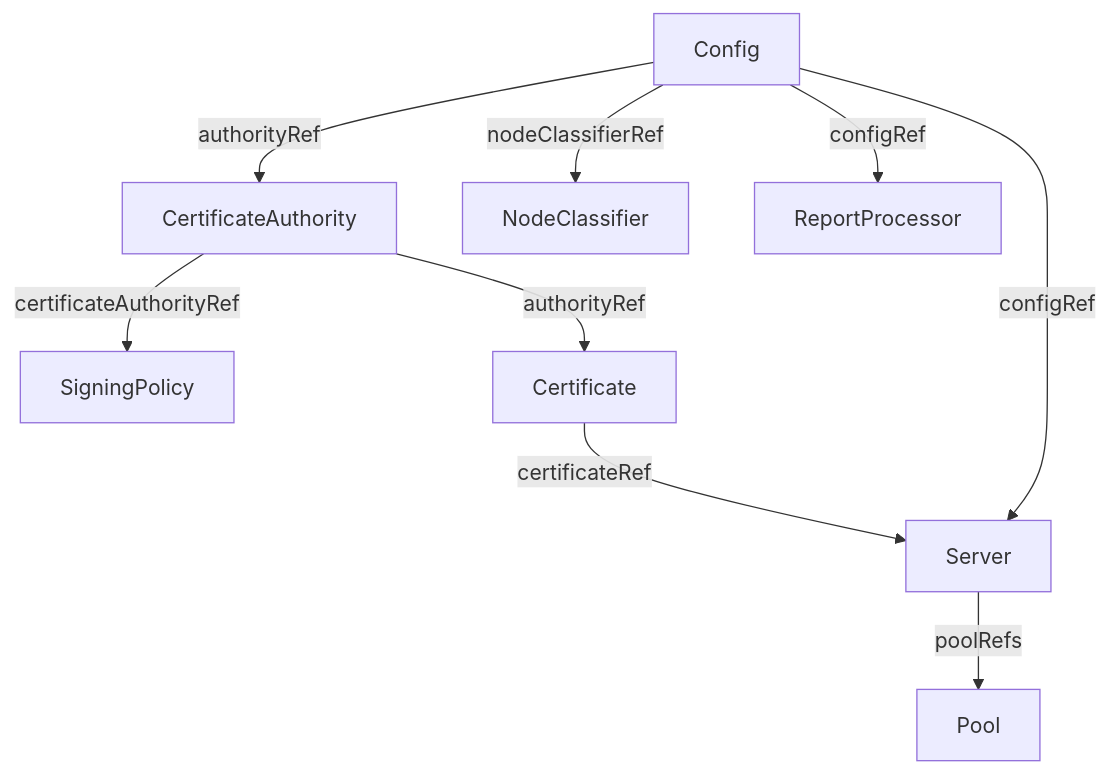
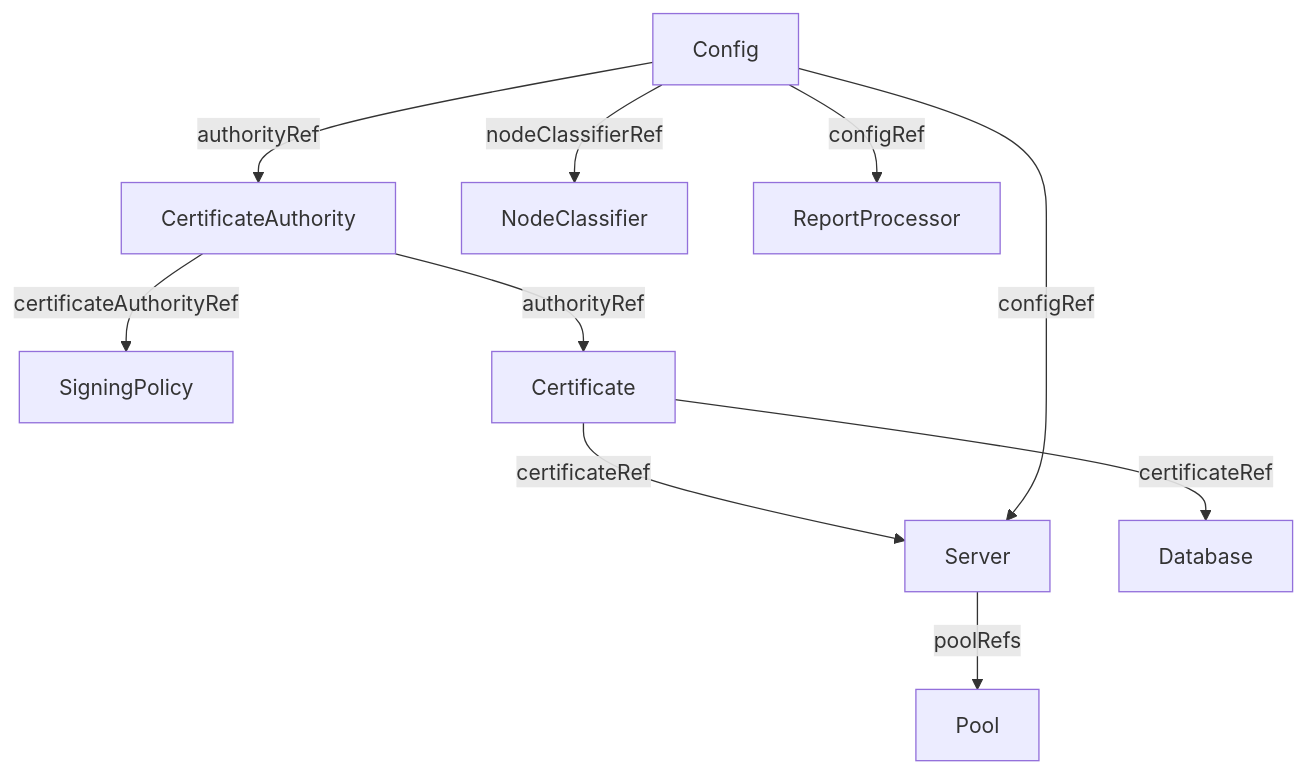
The diagram in docs/reference/index.md (slauger/openvox-operator), drawn with Mermaid before and after one commit. The commit also changed other lines of this file and 35 other files, not shown here.

````diff
--- a/docs/reference/index.md
+++ b/docs/reference/index.md
@@ -7,20 +7,22 @@
 ```mermaid
 graph TD
     Cfg["Config"]
     CA["CertificateAuthority"]
     SP["SigningPolicy"]
     NC["NodeClassifier"]
     RP["ReportProcessor"]
     Cert["Certificate"]
     Srv["Server"]
+    DB["Database"]
     Pool["Pool"]
 
     Cfg -->|authorityRef| CA
     Cfg -->|nodeClassifierRef| NC
     Cfg -->|configRef| RP
     CA -->|certificateAuthorityRef| SP
     CA -->|authorityRef| Cert
     Cert -->|certificateRef| Srv
+    Cert -->|certificateRef| DB
     Cfg -->|configRef| Srv
     Srv -->|poolRefs| Pool
 ```
````
